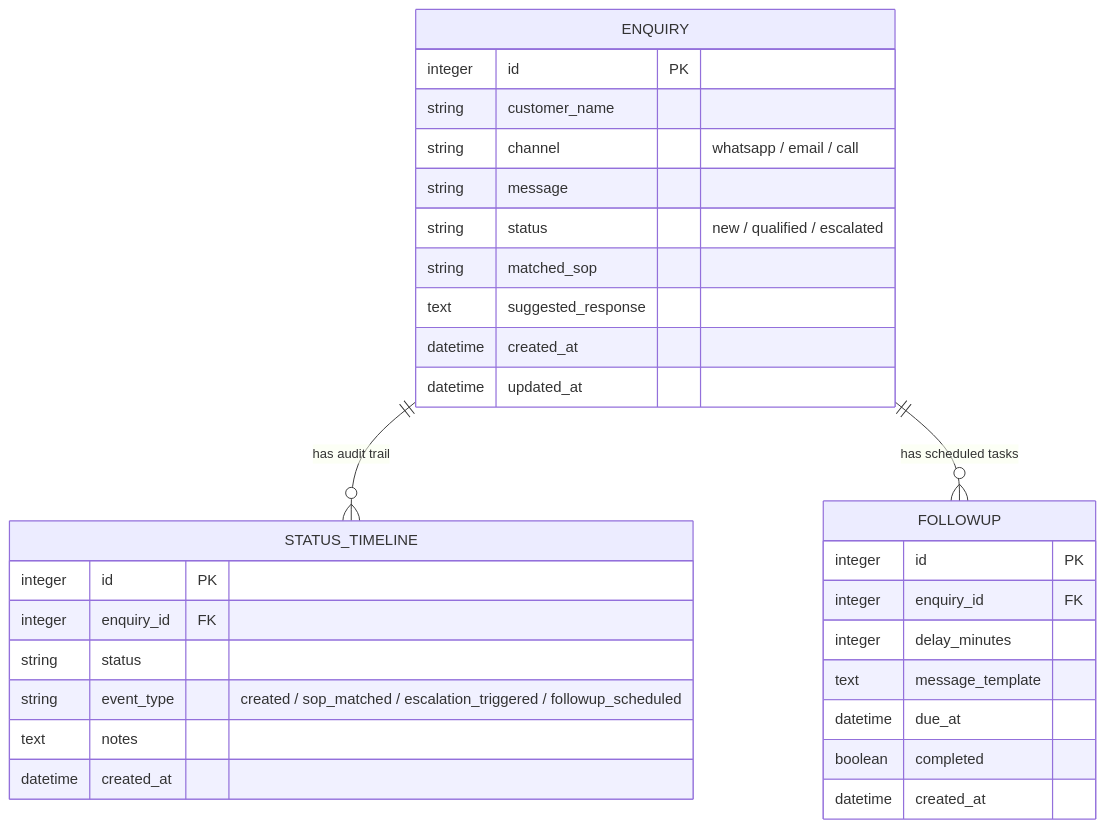
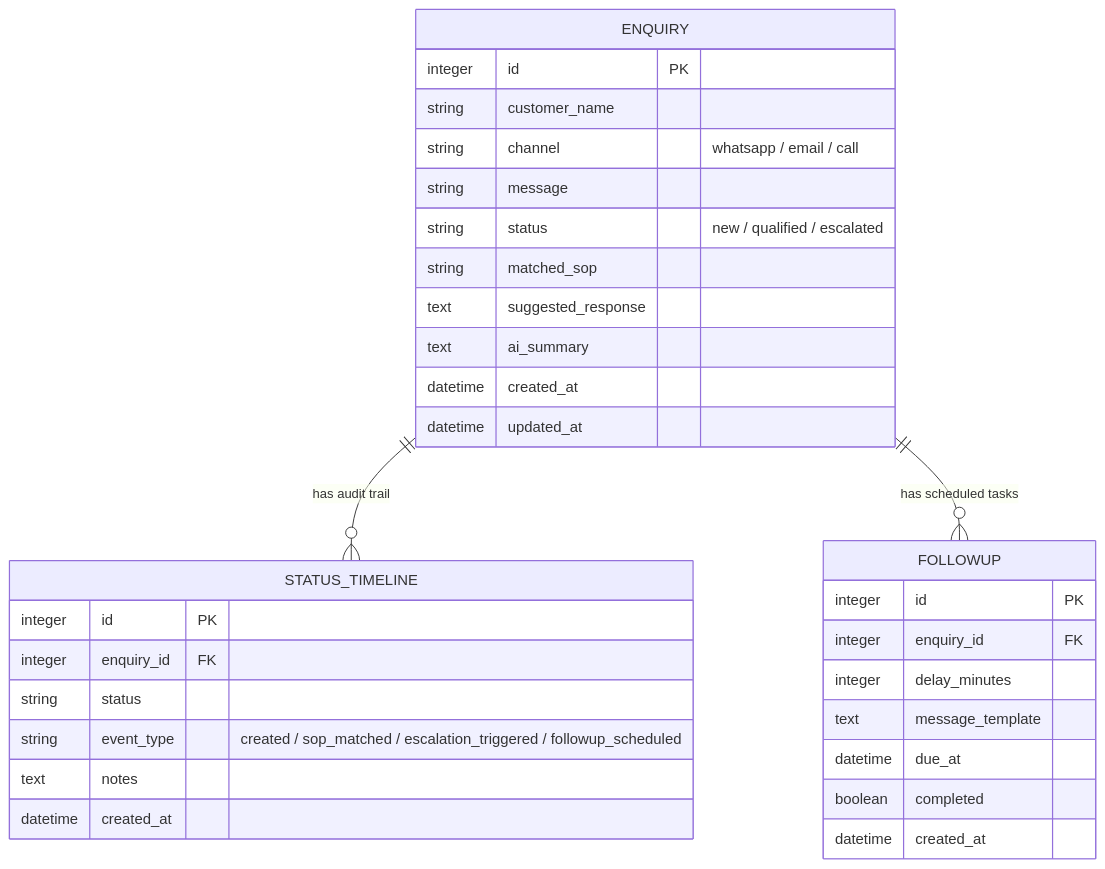
Before and after one commit to kavyajain-hub/closira-enquiry-pipeline: the diagram in README.md, drawn with Mermaid. The commit also changed other lines of this file, not shown here.

````diff
--- a/README.md
+++ b/README.md
@@ -145,36 +153,37 @@
 ```mermaid
 erDiagram
     ENQUIRY ||--o{ STATUS_TIMELINE : "has audit trail"
     ENQUIRY ||--o{ FOLLOWUP : "has scheduled tasks"
 
     ENQUIRY {
         integer id PK
         string customer_name
         string channel "whatsapp / email / call"
         string message
         string status "new / qualified / escalated"
         string matched_sop
         text suggested_response
+        text ai_summary
         datetime created_at
         datetime updated_at
     }
 
     STATUS_TIMELINE {
         integer id PK
         integer enquiry_id FK
         string status
         string event_type "created / sop_matched / escalation_triggered / followup_scheduled"
         text notes
         datetime created_at
     }
 
     FOLLOWUP {
         integer id PK
         integer enquiry_id FK
         integer delay_minutes
         text message_template
         datetime due_at
         boolean completed
         datetime created_at
     }
 ```
````
